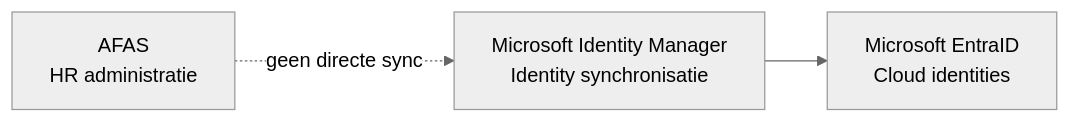
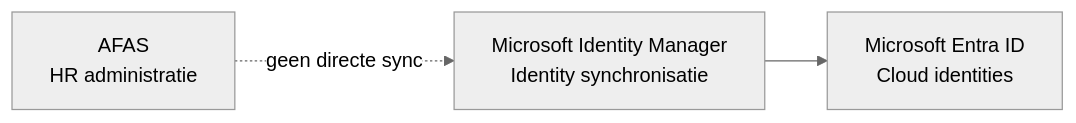
One commit to developer-overheid-nl/don-site changed the first of 4 diagrams in blog/2026/03/blog-post-identity-sync-architecture.md. Above: the diagram before and after it, drawn with Mermaid (neutral theme). The commit also changed other lines of this file, not shown here.

Commit message:
Fix typos and improve consistency in blog post on identity synchronization architecture

````diff
--- a/blog/2026/03/blog-post-identity-sync-architecture.md
+++ b/blog/2026/03/blog-post-identity-sync-architecture.md
@@ -42,9 +42,9 @@
 ```mermaid
 flowchart LR
   AFAS["AFAS<br/>HR administratie"]
   MIM["Microsoft Identity Manager<br/>Identity synchronisatie"]
-  ENTRA["Microsoft EntraID<br/>Cloud identities"]
+  ENTRA["Microsoft Entra ID<br/>Cloud identities"]
 
   AFAS -. geen directe sync .-> MIM
   MIM --> ENTRA
 ```
````
